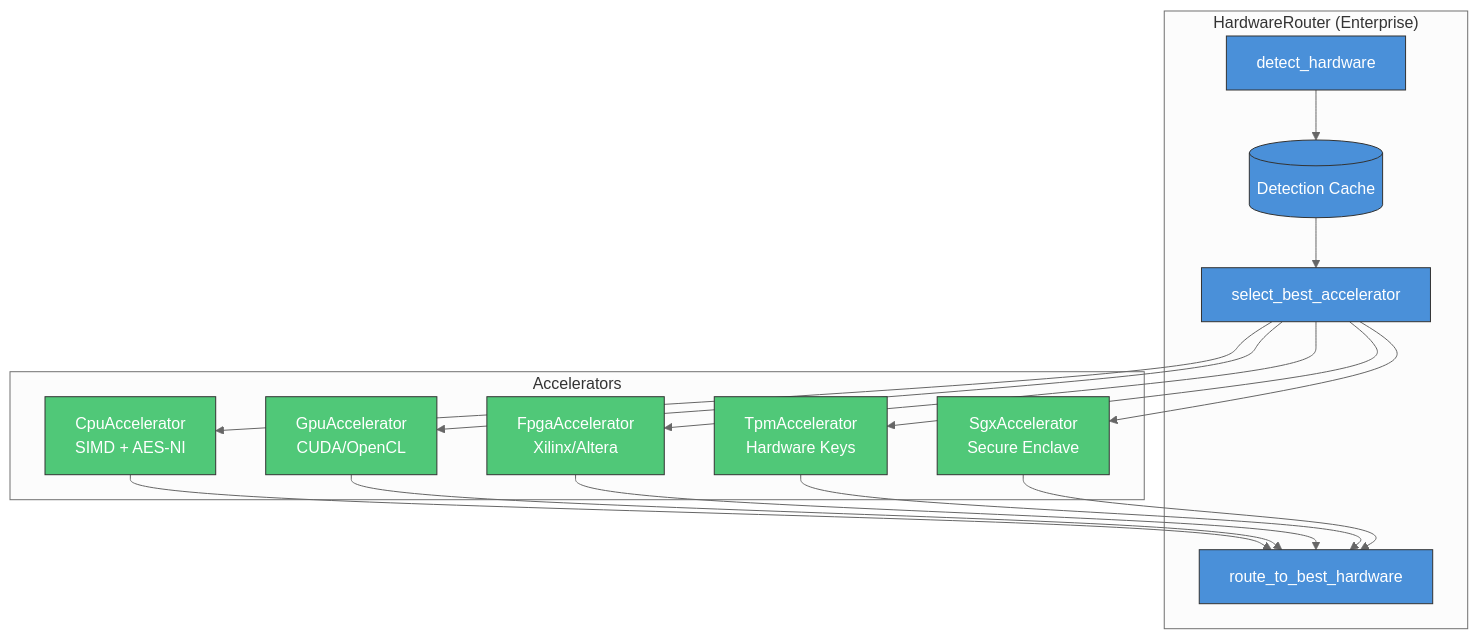
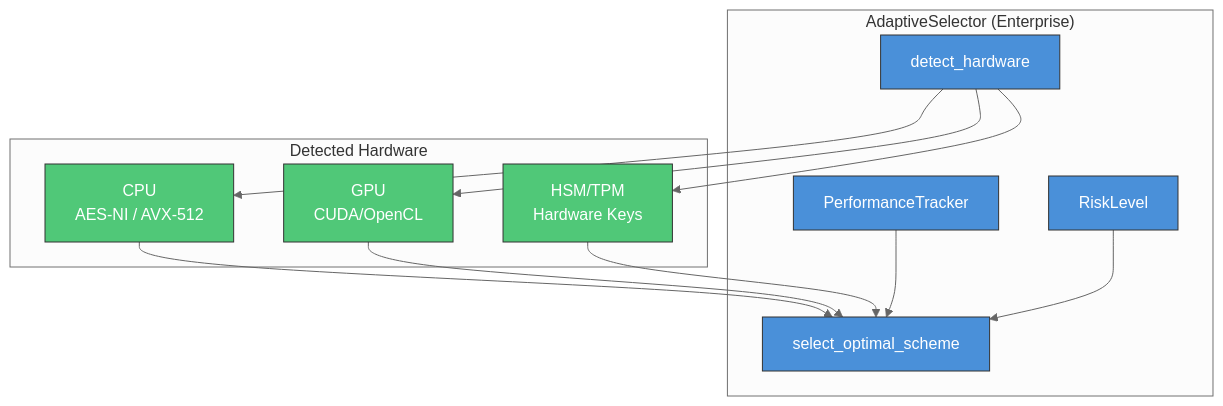
The seventh of 11 diagrams in docs/DESIGN.md (LatticeArc/latticearc), drawn with Mermaid (neutral theme) before and after one commit. The commit also changed other lines of this file and 9 other files, not shown here.

First line of the commit message:
docs: update hardware (enterprise-only) and hybrid encryption references across all docs

````diff
--- a/docs/DESIGN.md
+++ b/docs/DESIGN.md
@@ -311,38 +284,31 @@
 ```mermaid
 flowchart TD
-    subgraph "HardwareRouter (Enterprise)"
+    subgraph "AdaptiveSelector (Enterprise)"
         DETECT[detect_hardware]
-        CACHE[(Detection Cache)]
-        SELECT[select_best_accelerator]
-        ROUTE[route_to_best_hardware]
+        PERF[PerformanceTracker]
+        RISK[RiskLevel]
+        SELECT[select_optimal_scheme]
     end
 
-    subgraph "Accelerators"
-        CPU[CpuAccelerator<br/>SIMD + AES-NI]
-        GPU[GpuAccelerator<br/>CUDA/OpenCL]
-        FPGA[FpgaAccelerator<br/>Xilinx/Altera]
-        TPM[TpmAccelerator<br/>Hardware Keys]
-        SGX[SgxAccelerator<br/>Secure Enclave]
+    subgraph "Detected Hardware"
+        CPU[CPU<br/>AES-NI / AVX-512]
+        GPU[GPU<br/>CUDA/OpenCL]
+        HSM[HSM/TPM<br/>Hardware Keys]
     end
 
-    DETECT --> CACHE
-    CACHE --> SELECT
-    SELECT --> CPU
-    SELECT --> GPU
-    SELECT --> FPGA
-    SELECT --> TPM
-    SELECT --> SGX
+    DETECT --> CPU
+    DETECT --> GPU
+    DETECT --> HSM
 
-    CPU --> ROUTE
-    GPU --> ROUTE
-    FPGA --> ROUTE
-    TPM --> ROUTE
-    SGX --> ROUTE
+    CPU --> SELECT
+    GPU --> SELECT
+    HSM --> SELECT
+    PERF --> SELECT
+    RISK --> SELECT
 
     classDef router fill:#4a90d9,stroke:#333,color:#fff
     classDef accel fill:#50c878,stroke:#333,color:#fff
-    classDef enterprise fill:#e74c3c,stroke:#333,color:#fff
 
-    class DETECT,CACHE,SELECT,ROUTE router
-    class CPU,GPU,FPGA,TPM,SGX accel
+    class DETECT,PERF,RISK,SELECT router
+    class CPU,GPU,HSM accel
 ```
````
